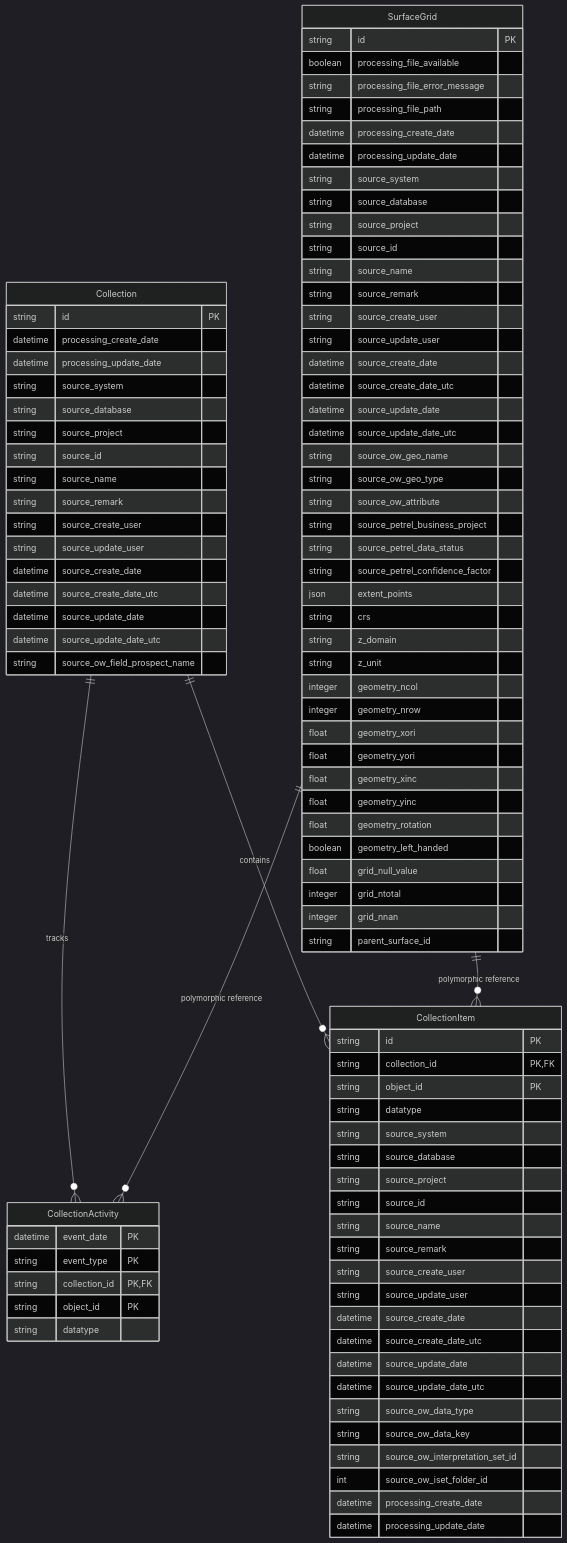
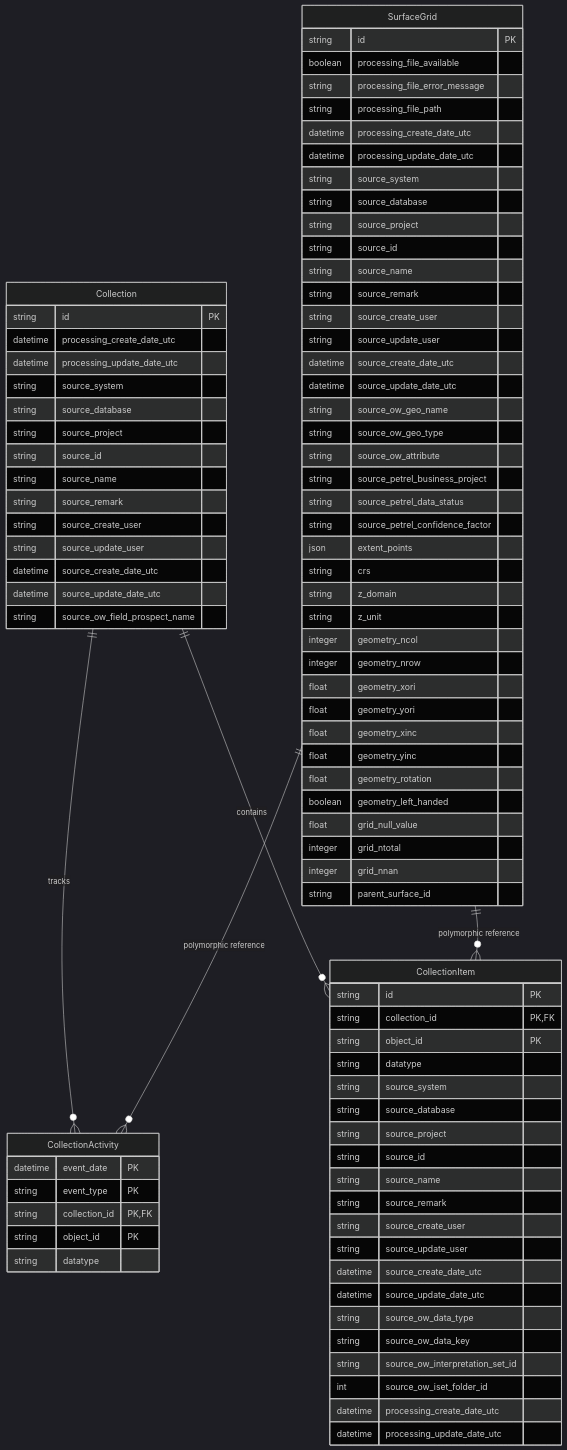
Before and after one commit to equinor/interpretation-models: the diagram in docs/database_model.md, drawn with Mermaid (dark theme). The commit also changed 11 other files, not shown here.

```diff
--- a/docs/database_model.md
+++ b/docs/database_model.md
@@ -5,8 +5,8 @@
         boolean processing_file_available
         string processing_file_error_message
         string processing_file_path
-        datetime processing_create_date
-        datetime processing_update_date
+        datetime processing_create_date_utc
+        datetime processing_update_date_utc
         string source_system
         string source_database
         string source_project
@@ -15,9 +15,7 @@
         string source_remark
         string source_create_user
         string source_update_user
-        datetime source_create_date
         datetime source_create_date_utc
-        datetime source_update_date
         datetime source_update_date_utc
         string source_ow_geo_name
         string source_ow_geo_type
@@ -45,8 +43,8 @@
 
     Collection {
         string id PK
-        datetime processing_create_date
-        datetime processing_update_date
+        datetime processing_create_date_utc
+        datetime processing_update_date_utc
         string source_system
         string source_database
         string source_project
@@ -55,9 +53,7 @@
         string source_remark
         string source_create_user
         string source_update_user
-        datetime source_create_date
         datetime source_create_date_utc
-        datetime source_update_date
         datetime source_update_date_utc
         string source_ow_field_prospect_name
     }
@@ -75,16 +71,14 @@
         string source_remark
         string source_create_user
         string source_update_user
-        datetime source_create_date
         datetime source_create_date_utc
-        datetime source_update_date
         datetime source_update_date_utc
         string source_ow_data_type
         string source_ow_data_key
         string source_ow_interpretation_set_id
         int source_ow_iset_folder_id
-        datetime processing_create_date
-        datetime processing_update_date
+        datetime processing_create_date_utc
+        datetime processing_update_date_utc
     }
 
     CollectionActivity {
```
